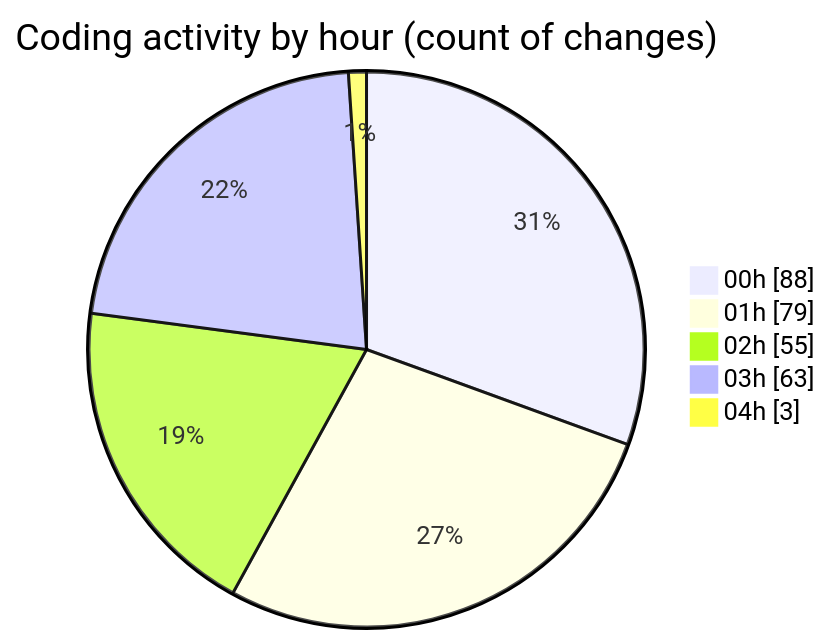
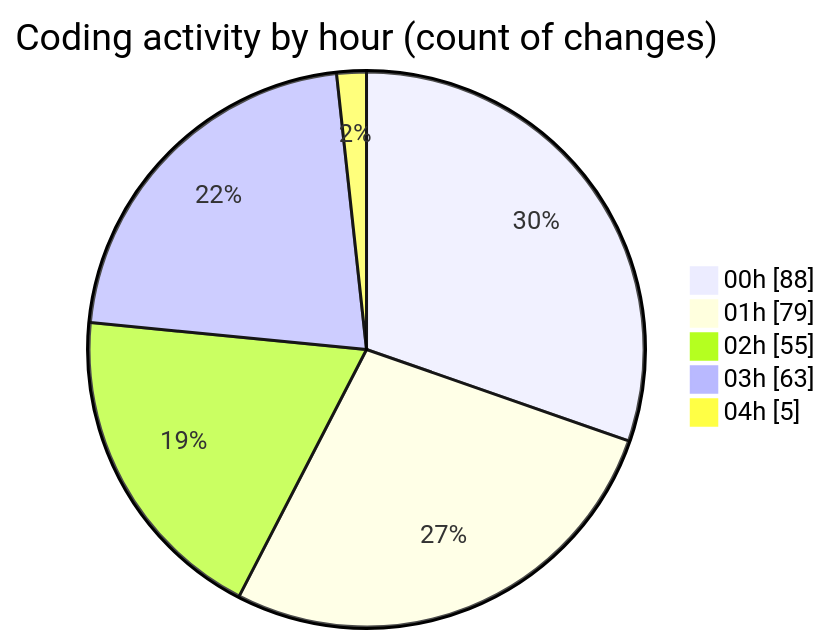
One commit to lephambinh05/code-tracking changed the second of 2 diagrams in 2025-08-16/rentotp/README.md. Above: the diagram before and after it, drawn with Mermaid. The commit also changed other lines of this file and 1 other file, not shown here.

````diff
--- a/2025-08-16/rentotp/README.md
+++ b/2025-08-16/rentotp/README.md
@@ -64,9 +64,9 @@
 ```mermaid
 pie showData
 title Coding activity by hour (count of changes)
 "00h" : 88
 "01h" : 79
 "02h" : 55
 "03h" : 63
-"04h" : 3
+"04h" : 5
 ```
````
